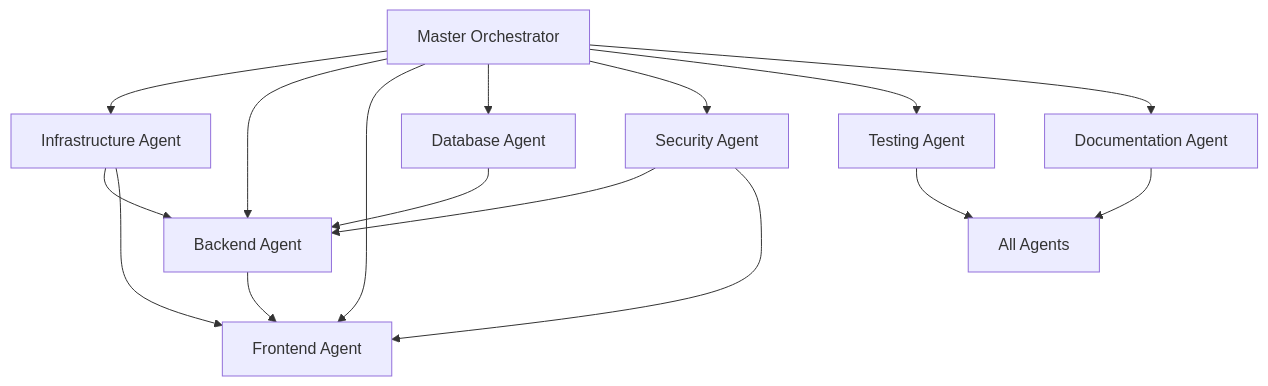
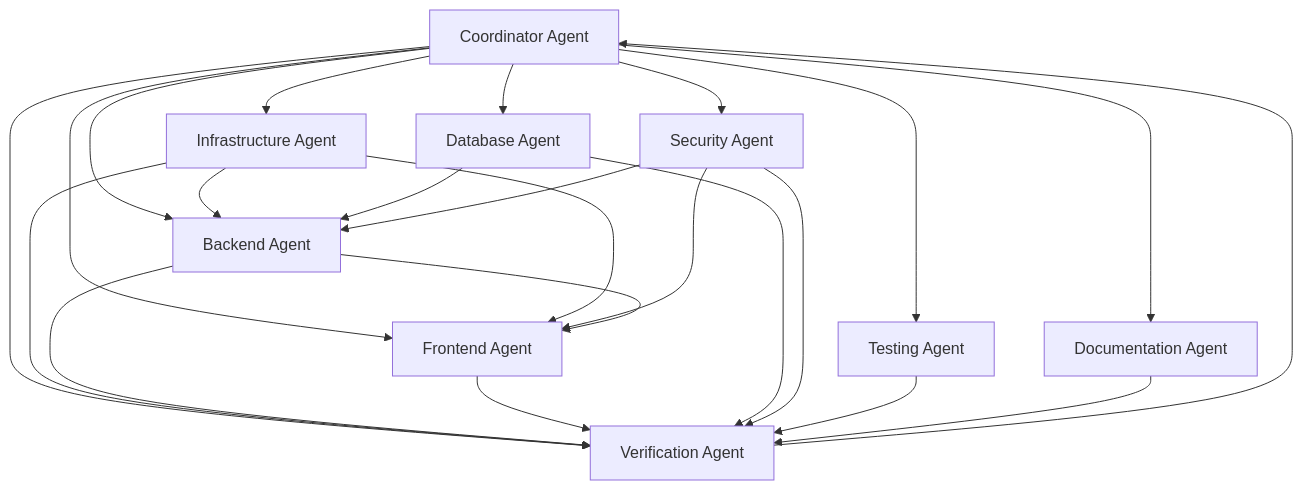
The diagram in specs/README.md (pranavgk/AgenticWIT), drawn with Mermaid before and after one commit. The commit also changed other lines of this file and 18 other files, not shown here.

````diff
--- a/specs/README.md
+++ b/specs/README.md
@@ -126,19 +141,28 @@
 ```mermaid
 graph TD
-    MO[Master Orchestrator] --> IA[Infrastructure Agent]
-    MO --> BA[Backend Agent] 
-    MO --> FA[Frontend Agent]
-    MO --> DA[Database Agent]
-    MO --> SA[Security Agent]
-    MO --> TA[Testing Agent]
-    MO --> DOC[Documentation Agent]
+    CO[Coordinator Agent] --> VA[Verification Agent]
+    CO --> IA[Infrastructure Agent]
+    CO --> BA[Backend Agent] 
+    CO --> FA[Frontend Agent]
+    CO --> DA[Database Agent]
+    CO --> SA[Security Agent]
+    CO --> TA[Testing Agent]
+    CO --> DOC[Documentation Agent]
+    
+    IA --> VA
+    BA --> VA
+    FA --> VA
+    DA --> VA
+    SA --> VA
+    TA --> VA
+    DOC --> VA
+    
+    VA --> CO
     
     IA --> BA
     IA --> FA
     DA --> BA
     SA --> BA
     SA --> FA
     BA --> FA
-    TA --> ALL[All Agents]
-    DOC --> ALL
 ```
````
